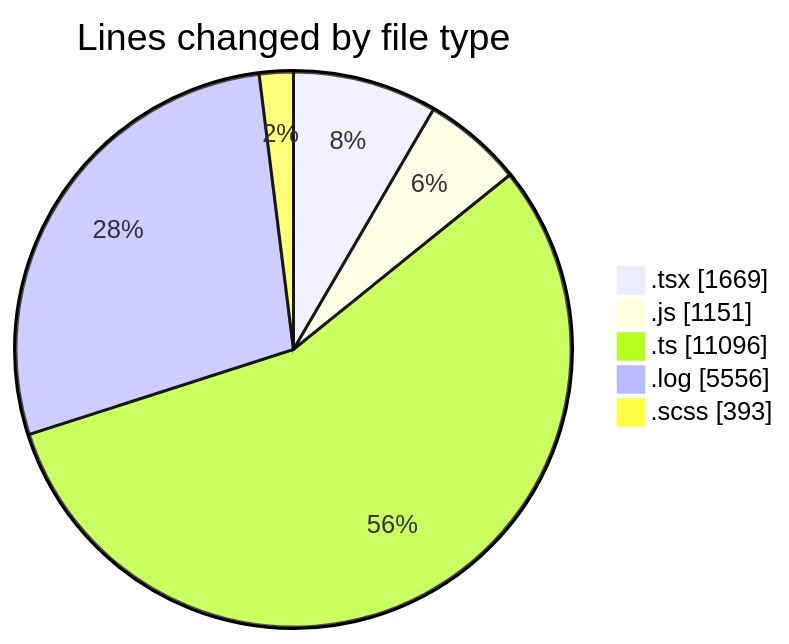
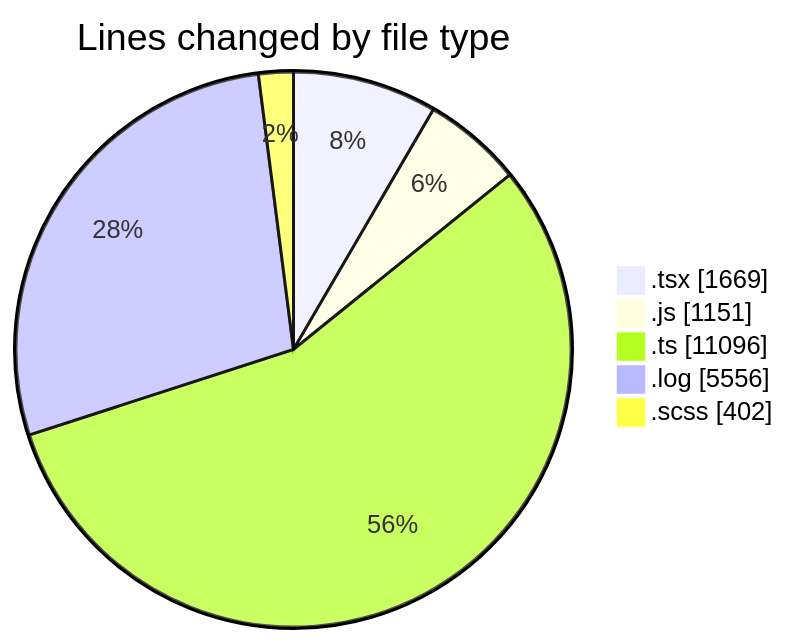
The first of 2 diagrams in 2026-04-09/cda/README.md (momahboobian/code-tracking), drawn with Mermaid before and after one commit. The commit also changed other lines of this file and 1 other file, not shown here.

````diff
--- a/2026-04-09/cda/README.md
+++ b/2026-04-09/cda/README.md
@@ -32,9 +32,9 @@
 ```mermaid
 pie showData
 title Lines changed by file type
 ".tsx" : 1669
 ".js" : 1151
 ".ts" : 11096
 ".log" : 5556
-".scss" : 393
+".scss" : 402
 ```
````
